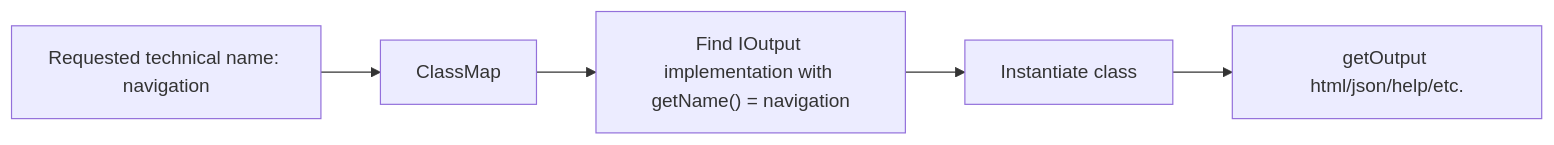
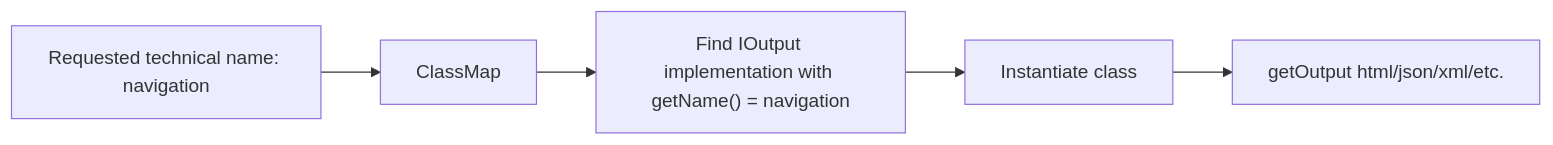
One commit to ddbase3/Base3Framework changed the tenth of 14 diagrams in docs/routing.md. Above: the diagram before and after it, drawn with Mermaid. The commit also changed other lines of this file and 6 other files, not shown here.

````diff
--- a/docs/routing.md
+++ b/docs/routing.md
@@ -621,7 +617,7 @@
 ```mermaid
 flowchart LR
 	A["Requested technical name: navigation"] --> B["ClassMap"]
 	B --> C["Find IOutput implementation with getName() = navigation"]
 	C --> D["Instantiate class"]
-	D --> E["getOutput html/json/help/etc."]
+	D --> E["getOutput html/json/xml/etc."]
 ```
````
